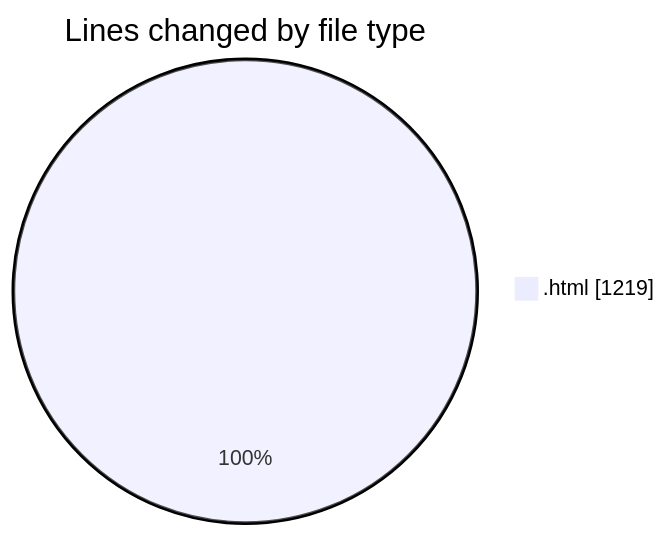
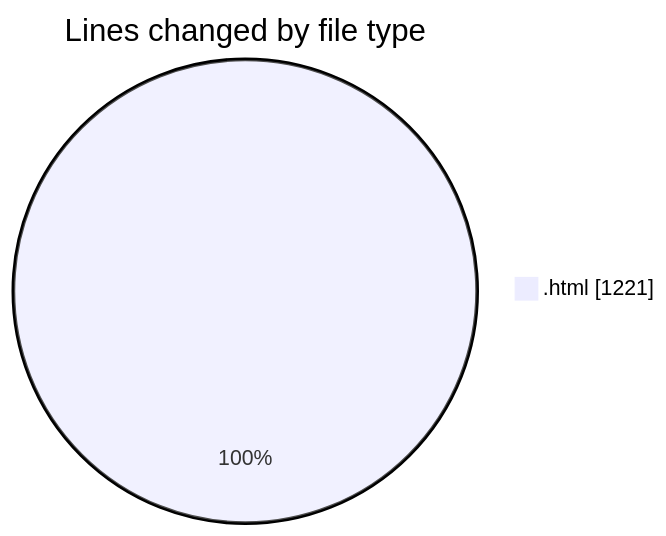
The first of 2 diagrams in 2025-09-06/www/README.md (vahidmafi/code-tracking), drawn with Mermaid before and after one commit. The commit also changed other lines of this file and 1 other file, not shown here.

````diff
--- a/2025-09-06/www/README.md
+++ b/2025-09-06/www/README.md
@@ -21,5 +21,5 @@
 ```mermaid
 pie showData
 title Lines changed by file type
-".html" : 1219
+".html" : 1221
 ```
````
